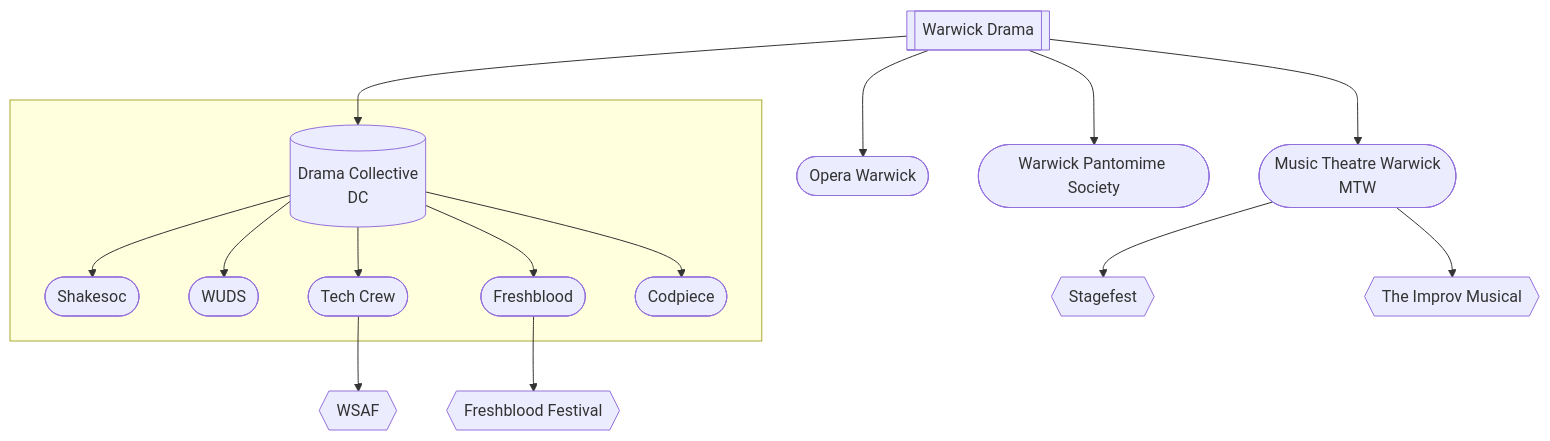
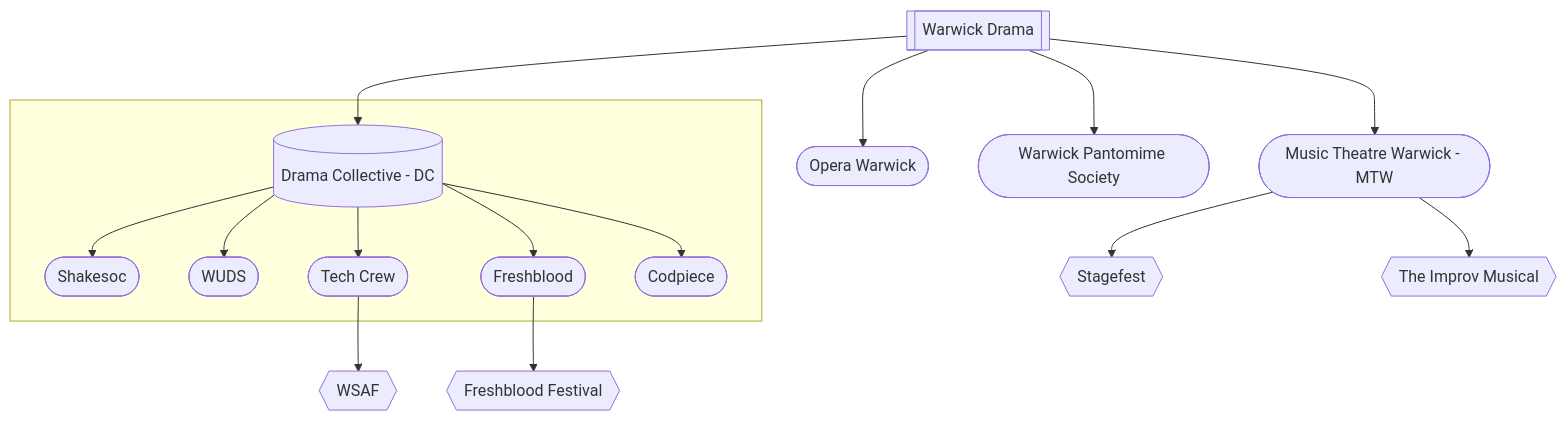
One commit to WarwickTechCrew/tc-website-wiki changed the diagram in wiki/02-warwick-drama/index.md. Above: the diagram before and after it, drawn with Mermaid.

Commit message:
remove \n in society names

````diff
--- a/wiki/02-warwick-drama/index.md
+++ b/wiki/02-warwick-drama/index.md
@@ -14,20 +14,20 @@
 ```mermaid
 flowchart TD
     WD[[Warwick Drama]]
-    WD --> MTW([Music Theatre Warwick\nMTW])
+    WD --> MTW([Music Theatre Warwick - MTW])
     WD --> Opera([Opera Warwick])
     WD --> PO
-    WD --> DC[(Drama Collective\nDC)]
+    WD --> DC[(Drama Collective - DC)]
     subgraph " "
         DC --> SS([Shakesoc])
         DC --> WUDS([WUDS])
         DC --> TC([Tech Crew])
         DC --> FB([Freshblood])
         DC --> CP([Codpiece])
     end
     TC --> WSAF{{WSAF}}
     MTW --> SF{{Stagefest}}
     MTW --> IM{{The Improv Musical}}
     FB --> FF{{Freshblood Festival}}
     PO([Warwick Pantomime Society])
 ```
````
